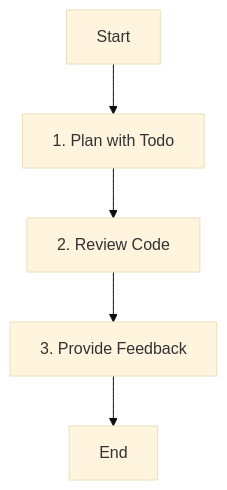
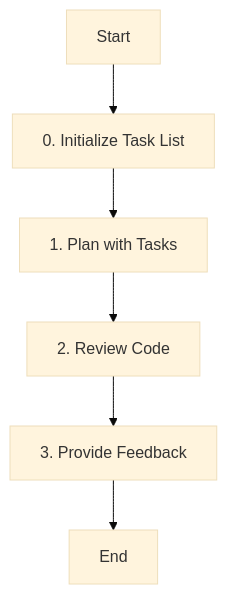
The diagram in opencode/config/agent/cpp-review.md (ksm0709/dotfiles), drawn with Mermaid (base theme) before and after one commit. The commit also changed other lines of this file and 9 other files, not shown here.

````diff
--- a/opencode/config/agent/cpp-review.md
+++ b/opencode/config/agent/cpp-review.md
@@ -31,7 +27,8 @@
 ```mermaid
 graph TD
-    Start[Start] --> Plan[1. Plan with Todo]
+    Start[Start] --> Init[0. Initialize Task List]
+    Init --> Plan[1. Plan with Tasks]
     Plan --> Review[2. Review Code]
     Review --> Feedback[3. Provide Feedback]
     Feedback --> End[End]
 ```
````
